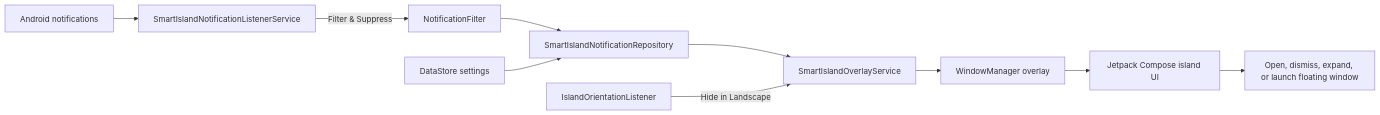
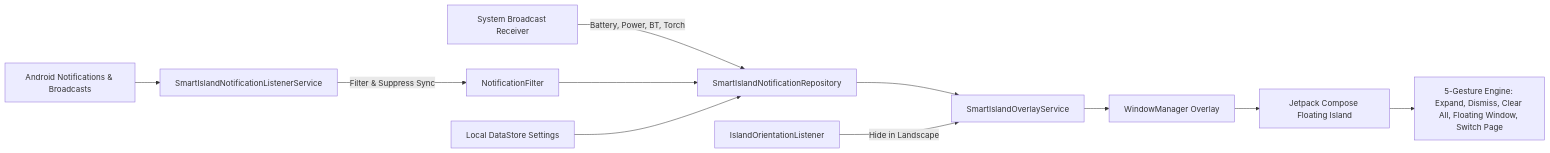
Before and after one commit to agupta07505/SmartIsland: the diagram in README.md, drawn with Mermaid. The commit also changed other lines of this file and 34 other files, not shown here.

Commit message:
docs: update README, CHANGELOG, ROADMAP and screenshots gallery for v5.0.0

````diff
--- a/README.md
+++ b/README.md
@@ -100,12 +128,13 @@
 ```mermaid
 flowchart LR
-    A[Android notifications] --> B[SmartIslandNotificationListenerService]
-    B -->|Filter & Suppress| C[NotificationFilter]
-    C --> Repo[SmartIslandNotificationRepository]
-    E[DataStore settings] --> Repo
+    A[Android Notifications & Broadcasts] --> B[SmartIslandNotificationListenerService]
+    Sys[System Broadcast Receiver] -->|Battery, Power, BT, Torch| Repo[SmartIslandNotificationRepository]
+    B -->|Filter & Suppress Sync| C[NotificationFilter]
+    C --> Repo
+    E[Local DataStore Settings] --> Repo
     Repo --> D[SmartIslandOverlayService]
     Sensor[IslandOrientationListener] -->|Hide in Landscape| D
-    D --> F[WindowManager overlay]
-    F --> G[Jetpack Compose island UI]
-    G --> H[Open, dismiss, expand, or launch floating window]
+    D --> F[WindowManager Overlay]
+    F --> G[Jetpack Compose Floating Island]
+    G --> H[5-Gesture Engine: Expand, Dismiss, Clear All, Floating Window, Switch Page]
 ```
````
